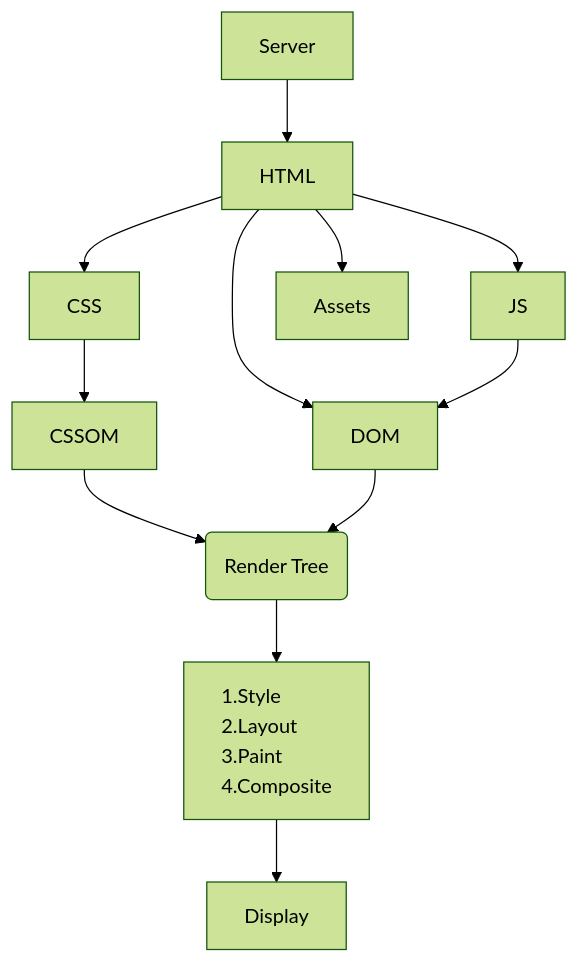
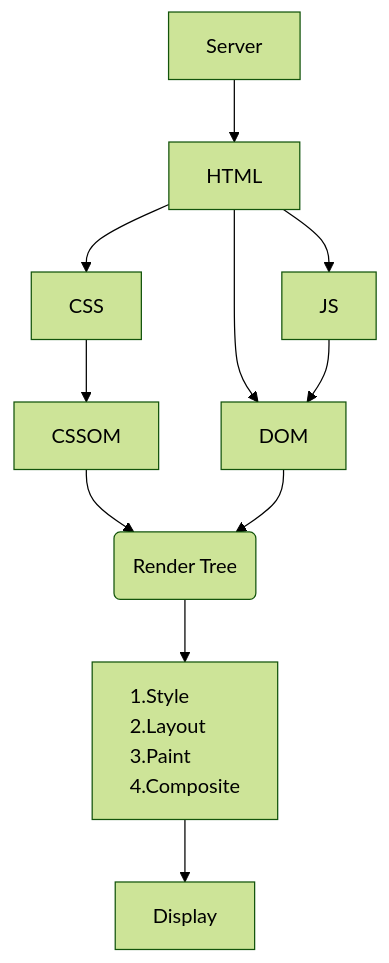
The diagram in notes/Rendering Path.md (Lentanta/obsidian-vault), drawn with Mermaid (forest theme) before and after one commit. The commit also changed other lines of this file and 4 other files, not shown here.

````diff
--- a/notes/Rendering Path.md
+++ b/notes/Rendering Path.md
@@ -1,26 +3,25 @@
 ```mermaid
 flowchart TD
 
 RenderTree(Render Tree)
 
 style RenderSteps text-align:left
 RenderSteps["`
 	1.Style
 	2.Layout
 	3.Paint
 	4.Composite
 `"]
 
 Server --> HTML
 HTML   --> CSS --> CSSOM
 HTML   --> DOM
 HTML   --> JS  --> DOM
-HTML   --> Assets
 
 CSSOM  --> RenderTree
 DOM    --> RenderTree
 
 RenderTree  --> RenderSteps
 RenderSteps --> Display
 
 ```
````
